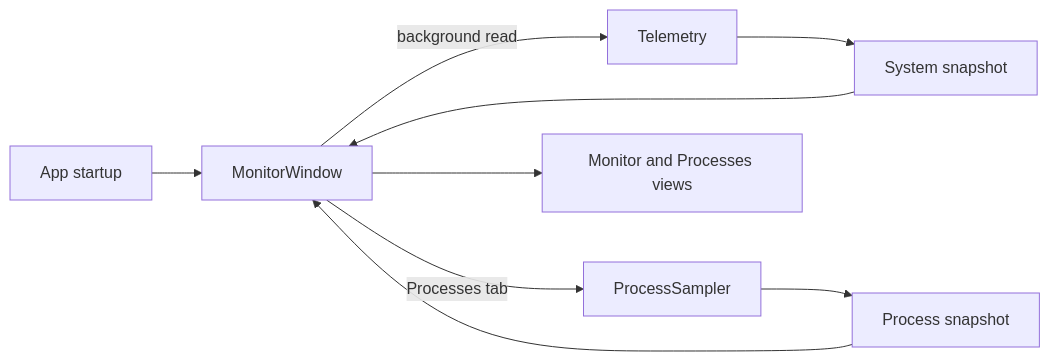
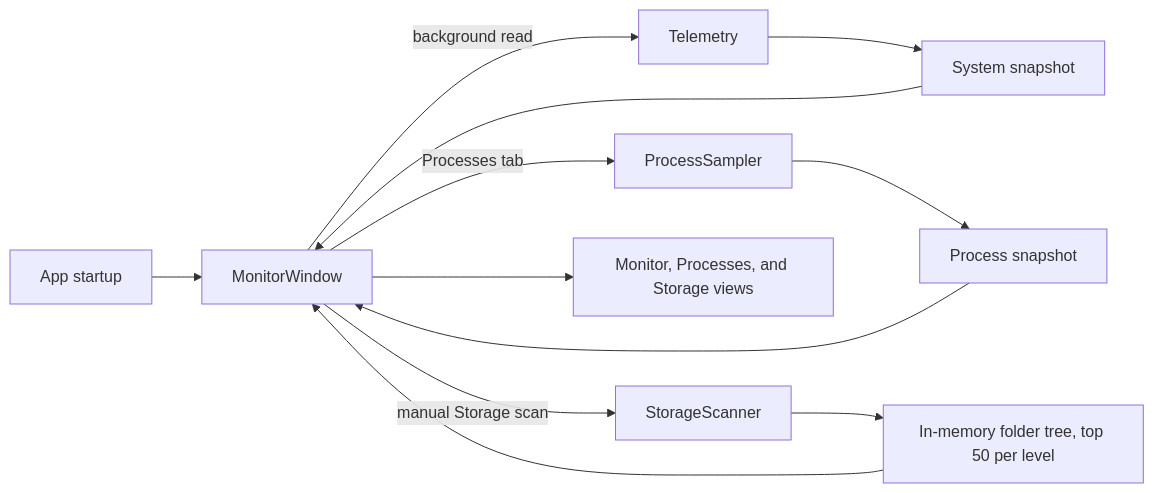
One commit to Pasquale-Buonocore/Neon changed the diagram in docs/architecture.md. Above: the diagram before and after it, drawn with Mermaid. The commit also changed other lines of this file and 13 other files, not shown here.

````diff
--- a/docs/architecture.md
+++ b/docs/architecture.md
@@ -5,11 +5,14 @@
 ```mermaid
 flowchart LR
     A[App startup] --> W[MonitorWindow]
     W -->|background read| T[Telemetry]
     W -->|Processes tab| P[ProcessSampler]
     T --> S[System snapshot]
     P --> Q[Process snapshot]
     S --> W
     Q --> W
-    W --> UI[Monitor and Processes views]
+    W -->|manual Storage scan| C[StorageScanner]
+    C --> R[In-memory folder tree, top 50 per level]
+    R --> W
+    W --> UI[Monitor, Processes, and Storage views]
 ```
````
